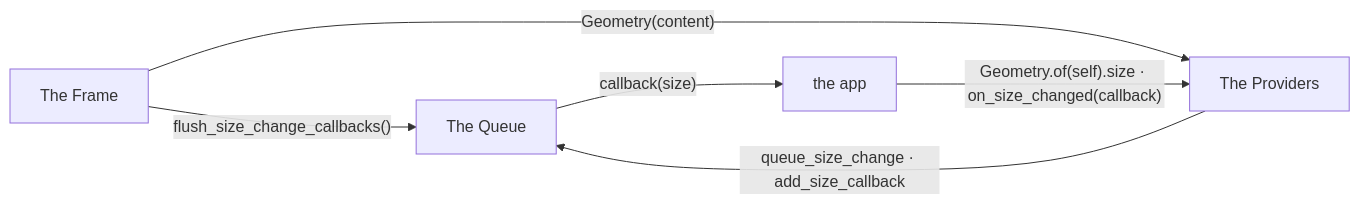
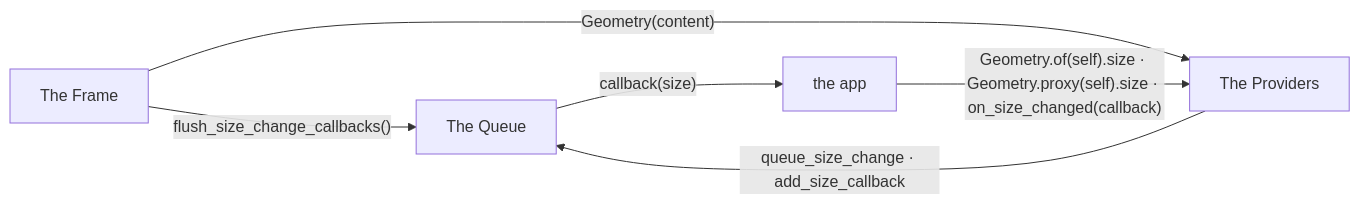
Before and after one commit to yuksblog/nuiitivet: the first of 7 diagrams in docs/design/GEOMETRY.md, drawn with Mermaid. The commit also changed other lines of this file and 41 other files, not shown here.

````diff
--- a/docs/design/GEOMETRY.md
+++ b/docs/design/GEOMETRY.md
@@ -13,13 +13,13 @@
 ```mermaid
 flowchart LR
     queue[The Queue]
     providers[The Providers]
     frame[The Frame]
     app[the app]
 
     providers -- "queue_size_change · add_size_callback" --> queue
     frame -- "flush_size_change_callbacks()" --> queue
     frame -- "Geometry(content)" --> providers
-    app -- "Geometry.of(self).size · on_size_changed(callback)" --> providers
+    app -- "Geometry.of(self).size · Geometry.proxy(self).size · on_size_changed(callback)" --> providers
     queue -- "callback(size)" --> app
 ```
````
